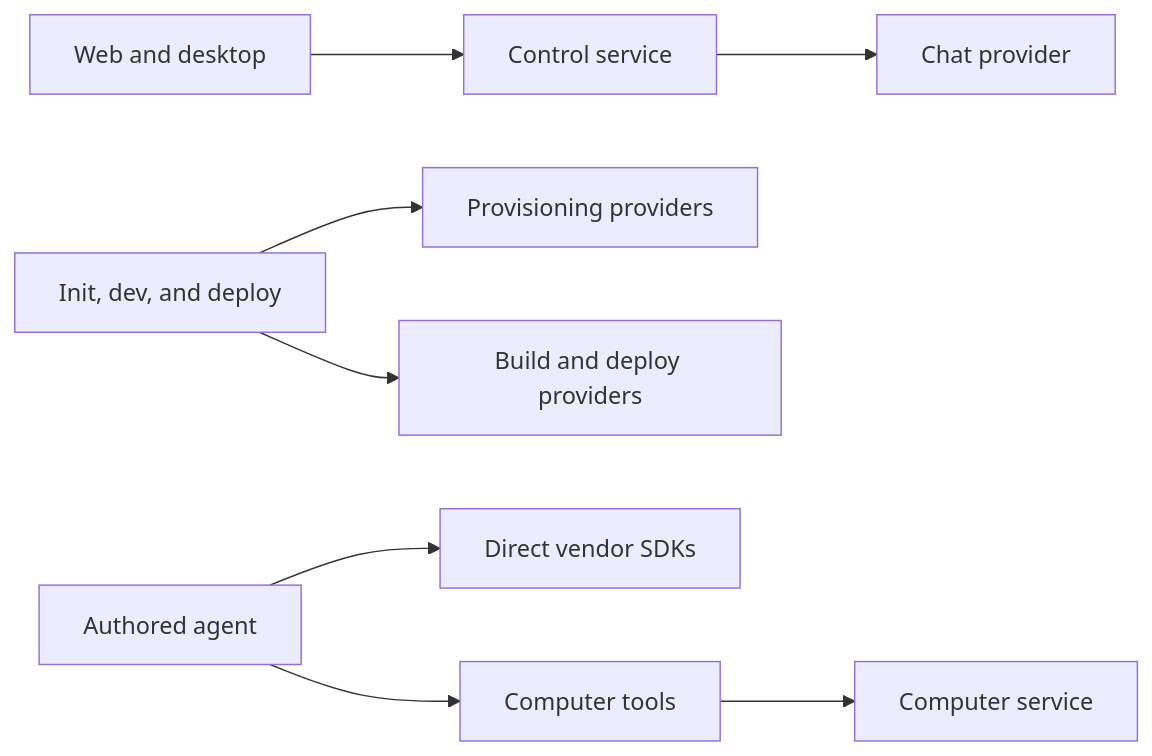
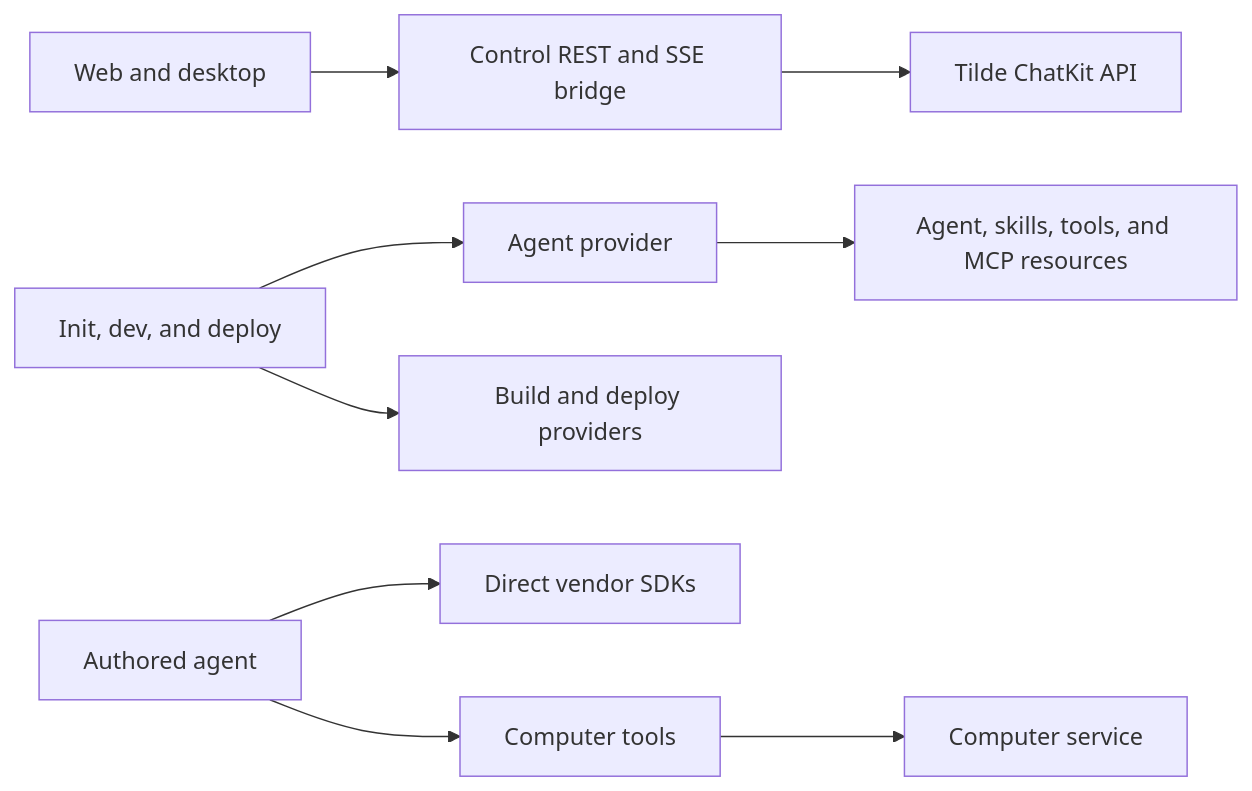
One commit to trytilde/dispatch changed the diagram in docs/adrs/0004-domain-provider-packages.md. Above: the diagram before and after it, drawn with Mermaid. The commit also changed other lines of this file and 100 other files, not shown here.

````diff
--- a/docs/adrs/0004-domain-provider-packages.md
+++ b/docs/adrs/0004-domain-provider-packages.md
@@ -35,10 +40,11 @@
 ```mermaid
 flowchart LR
-  UI["Web and desktop"] --> CS["Control service"]
-  CS --> CP["Chat provider"]
-  START["Init, dev, and deploy"] --> AP["Provisioning providers"]
+  UI["Web and desktop"] --> CS["Control REST and SSE bridge"]
+  CS --> CHAT["Tilde ChatKit API"]
+  START["Init, dev, and deploy"] --> AP["Agent provider"]
+  AP --> RES["Agent, skills, tools, and MCP resources"]
   START --> LP["Build and deploy providers"]
   AG["Authored agent"] --> SDK["Direct vendor SDKs"]
   AG --> CT["Computer tools"]
   CT --> SVC["Computer service"]
 ```
````
